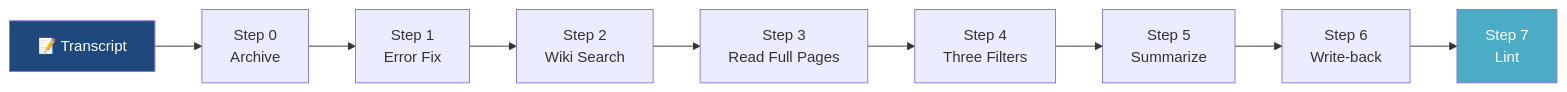
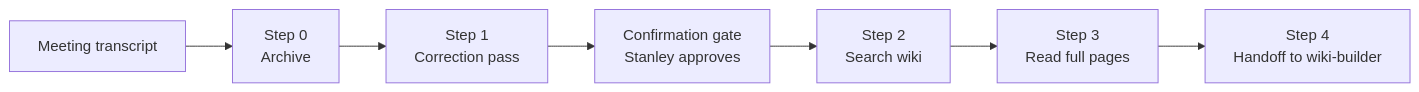
One commit to stanley6635/meeting-ingest changed the second of 2 diagrams in README.md. Above: the diagram before and after it, drawn with Mermaid. The commit also changed other lines of this file and 2 other files, not shown here.

Commit message:
Update meeting-ingest ASR correction workflow

````diff
--- a/README.md
+++ b/README.md
@@ -66,14 +64,9 @@
 ```mermaid
 flowchart LR
-    A["📝 Transcript"] --> B["Step 0\nArchive"]
-    B --> C["Step 1\nError Fix"]
-    C --> D["Step 2\nWiki Search"]
-    D --> E["Step 3\nRead Full Pages"]
-    E --> F["Step 4\nThree Filters"]
-    F --> G["Step 5\nSummarize"]
-    G --> H["Step 6\nWrite-back"]
-    H --> I["Step 7\nLint"]
-    
-    style A fill:#1F497D,color:#fff
-    style I fill:#4BACC6,color:#fff
+    A["Meeting transcript"] --> B["Step 0<br/>Archive"]
+    B --> C["Step 1<br/>Correction pass"]
+    C --> D["Confirmation gate<br/>Stanley approves"]
+    D --> E["Step 2<br/>Search wiki"]
+    E --> F["Step 3<br/>Read full pages"]
+    F --> G["Step 4<br/>Handoff to wiki-builder"]
 ```
````
